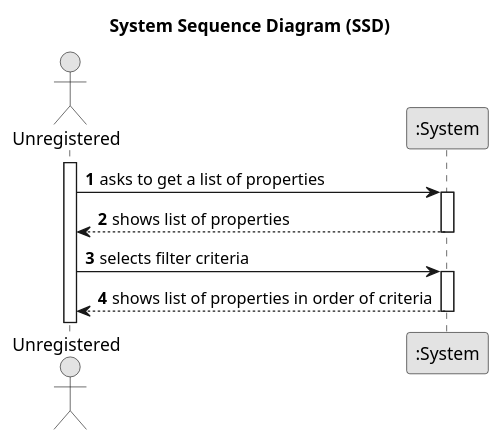
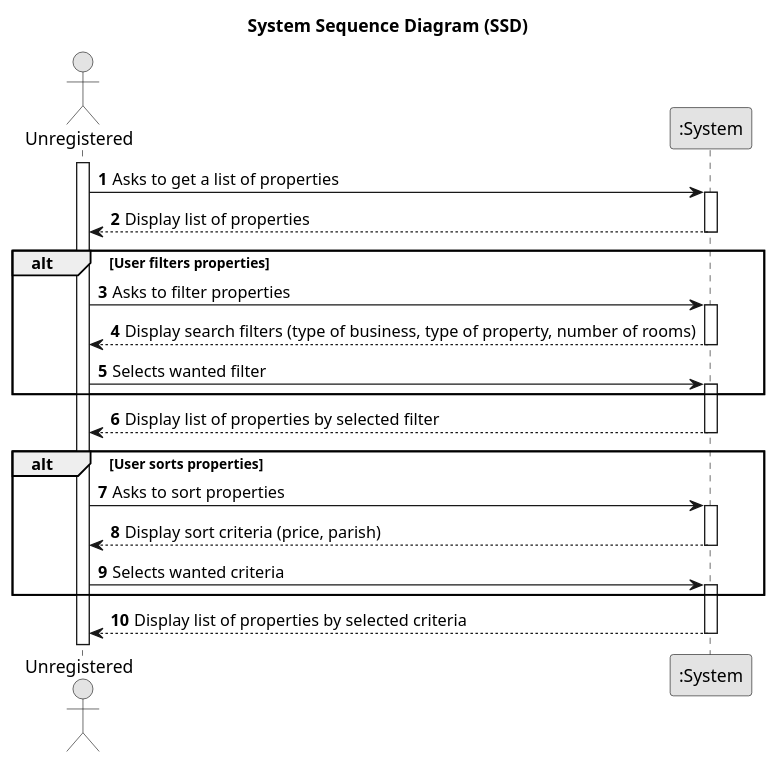
Before and after one commit to hugosilva2901/lei-22-s2-1DO-g68: the diagram in lei-22-s2-1do-g68/docs/sprintA/us001/01.requirements-engineering/puml/us001-SequenceDiagram.puml, drawn with PlantUML. The commit also changed 2 other files, not shown here.

```diff
--- a/lei-22-s2-1do-g68/docs/sprintA/us001/01.requirements-engineering/puml/us001-SequenceDiagram.puml
+++ b/lei-22-s2-1do-g68/docs/sprintA/us001/01.requirements-engineering/puml/us001-SequenceDiagram.puml
@@ -1,26 +1,44 @@
 @startuml
 skinparam monochrome true
 skinparam packageStyle rectangle
 skinparam shadowing false
 
 title System Sequence Diagram (SSD)
 
 autonumber
 actor "Unregistered" as User
 participant ":System" as System
 
 activate User
 
-    User -> System : asks to get a list of properties
+    User -> System : Asks to get a list of properties
     activate System
 
-        System --> User : shows list of properties
+        System --> User : Display list of properties
     deactivate System
-    User -> System : selects filter criteria
+
+    alt User filters properties
+        User -> System : Asks to filter properties
         activate System
 
-            System --> User : shows list of properties in order of criteria
+            System --> User : Display search filters (type of business, type of property, number of rooms)
         deactivate System
+        User -> System : Selects wanted filter
+            activate System
+    end
+                System --> User : Display list of properties by selected filter
+            deactivate System
 
+    alt User sorts properties
+        User -> System : Asks to sort properties
+        activate System
+
+            System --> User : Display sort criteria (price, parish)
+        deactivate System
+        User -> System : Selects wanted criteria
+          activate System
+    end
+    System --> User : Display list of properties by selected criteria
+                deactivate System
 
 @enduml
```
